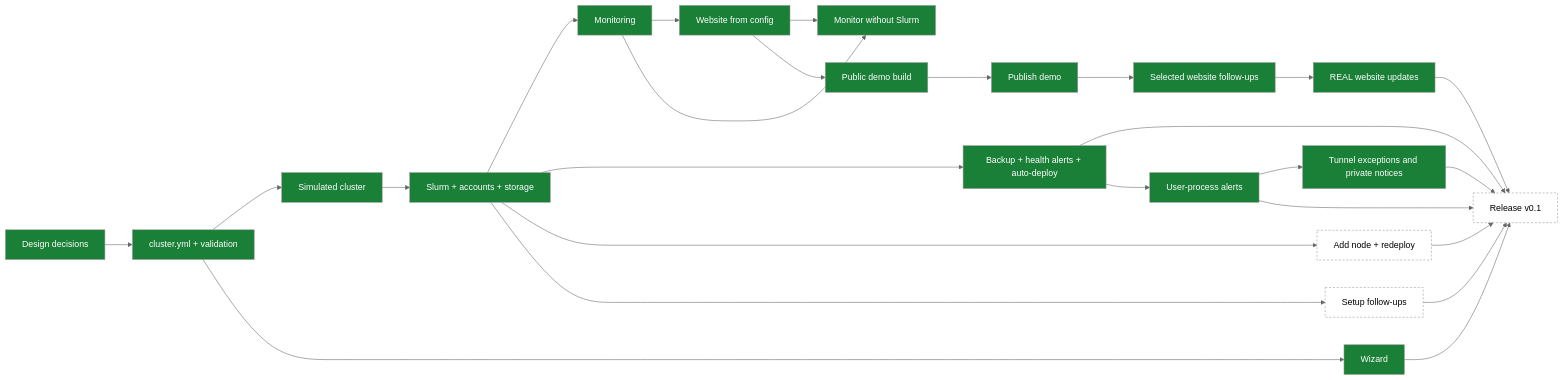
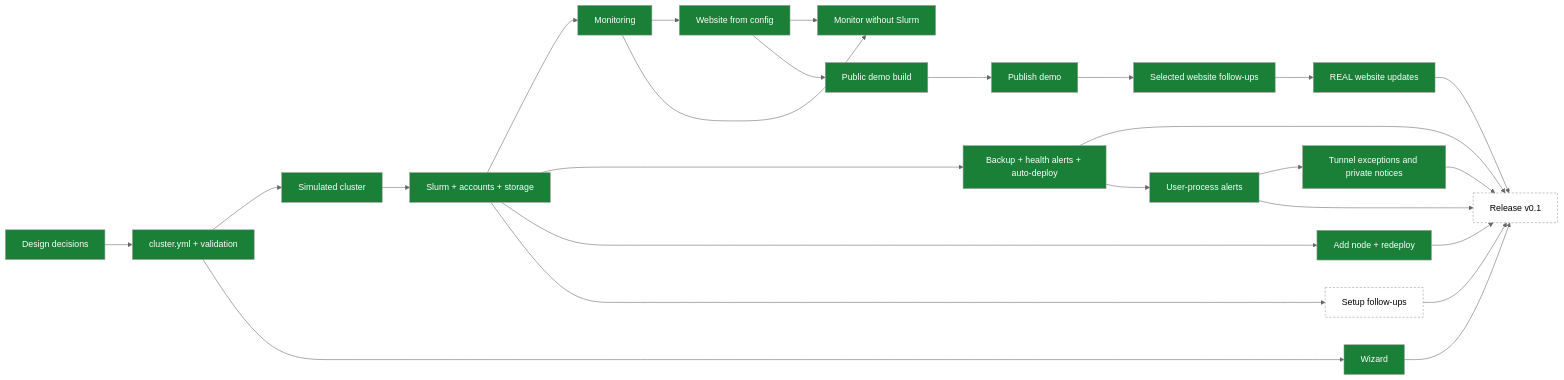
The diagram in TODO.md (enajx/nanoHPC), drawn with Mermaid (neutral theme) before and after one commit. The commit also changed other lines of this file and 4 other files, not shown here.

````diff
--- a/TODO.md
+++ b/TODO.md
@@ -11,31 +11,31 @@
 ```mermaid
 flowchart LR
   classDef done fill:#1a7f37,color:#fff
   classDef wip fill:#d4a72c,color:#000
   classDef queued fill:none,stroke-dasharray:4 3
 
   D[Design decisions]:::done --> C[cluster.yml + validation]:::done
   C --> SIM[Simulated cluster]:::done
   SIM --> S[Slurm + accounts + storage]:::done
   S --> M[Monitoring]:::done
   M --> W[Website from config]:::done
   S --> BK[Backup + health alerts + auto-deploy]:::done
   C --> WZ[Wizard]:::done
   M --> MO[Monitor without Slurm]:::done
   W --> MO
-  S --> N[Add node + redeploy]:::queued
+  S --> N[Add node + redeploy]:::done
   W --> DEMO[Public demo build]:::done
   DEMO --> DP[Publish demo]:::done
   DP --> WF[Selected website follow-ups]:::done
   WF --> NW[REAL website updates]:::done
   NW --> R[Release v0.1]:::queued
   BK --> R
   BK --> UC[User-process alerts]:::done
   UC --> UA[Tunnel exceptions and private notices]:::done
   UC --> R
   UA --> R
   WZ --> R
   N --> R
   S --> F[Setup follow-ups]:::queued
   F --> R
 ```
````
